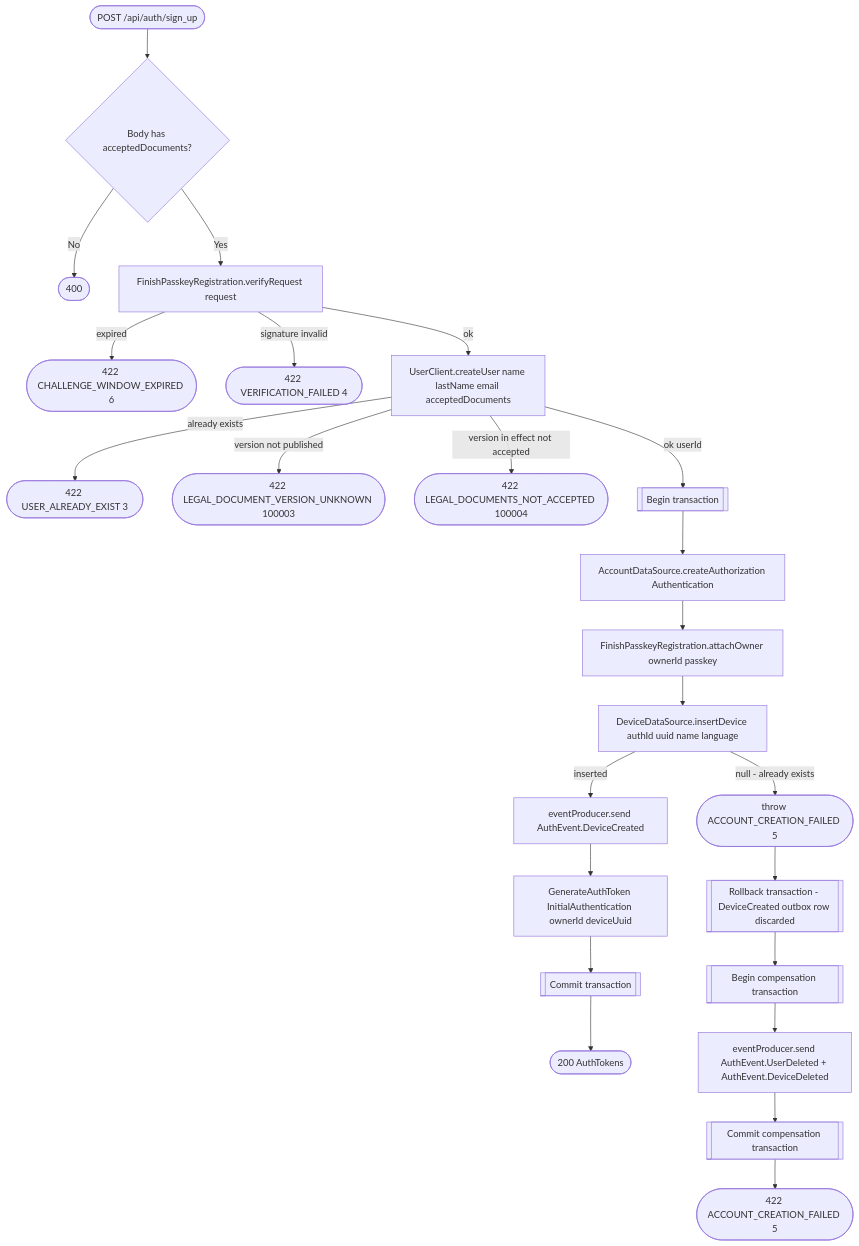
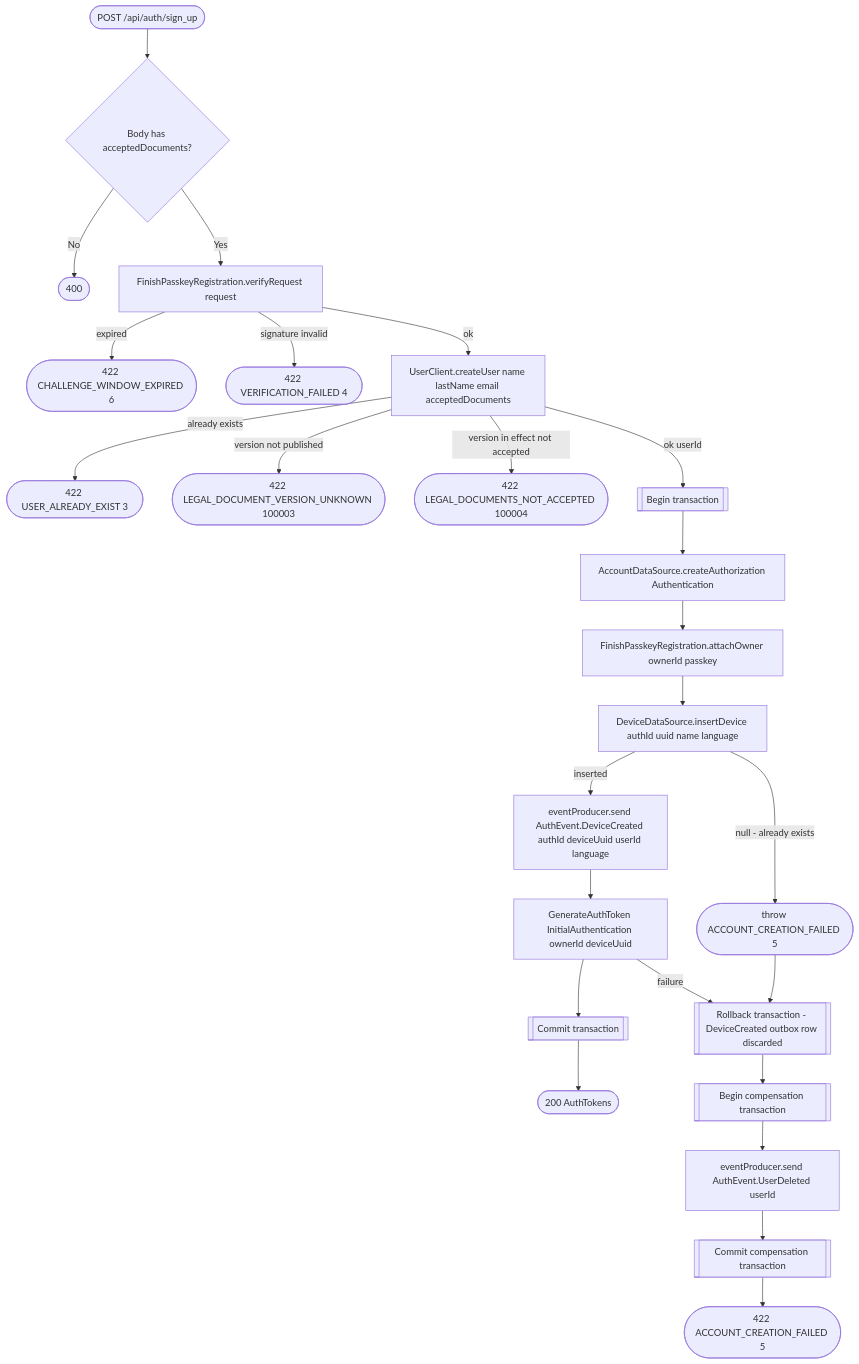
The diagram in docs/operations/authorization/sign-up.md (nocturneproperties/bookkme), drawn with Mermaid before and after one commit. The commit also changed other lines of this file and 51 other files, not shown here.

````diff
--- a/docs/operations/authorization/sign-up.md
+++ b/docs/operations/authorization/sign-up.md
@@ -22,26 +20,27 @@
 ```mermaid
 flowchart TD
     Start([POST /api/auth/sign_up]) --> Body{Body has acceptedDocuments?}
     Body -- No --> R400([400])
     Body -- Yes --> Verify[FinishPasskeyRegistration.verifyRequest request]
     Verify -- expired --> R422a([422 CHALLENGE_WINDOW_EXPIRED 6])
     Verify -- signature invalid --> R422b([422 VERIFICATION_FAILED 4])
     Verify -- ok --> CreateUser[UserClient.createUser name lastName email acceptedDocuments]
     CreateUser -- already exists --> R422c([422 USER_ALREADY_EXIST 3])
     CreateUser -- version not published --> R422e([422 LEGAL_DOCUMENT_VERSION_UNKNOWN 100003])
     CreateUser -- version in effect not accepted --> R422f([422 LEGAL_DOCUMENTS_NOT_ACCEPTED 100004])
     CreateUser -- ok userId --> Tx[[Begin transaction]]
     Tx --> CreateAuth[AccountDataSource.createAuthorization Authentication]
     CreateAuth --> AttachOwner[FinishPasskeyRegistration.attachOwner ownerId passkey]
     AttachOwner --> InsertDevice[DeviceDataSource.insertDevice authId uuid name language]
     InsertDevice -- null - already exists --> Fail1([throw ACCOUNT_CREATION_FAILED 5])
-    InsertDevice -- inserted --> DeviceEvent[eventProducer.send AuthEvent.DeviceCreated]
+    InsertDevice -- inserted --> DeviceEvent[eventProducer.send AuthEvent.DeviceCreated authId deviceUuid userId language]
     DeviceEvent --> GenToken[GenerateAuthToken InitialAuthentication ownerId deviceUuid]
     GenToken --> TxEnd[[Commit transaction]]
+    GenToken -- failure --> Rollback
     TxEnd --> R200([200 AuthTokens])
     Fail1 --> Rollback[[Rollback transaction - DeviceCreated outbox row discarded]]
     Rollback --> CompTx[[Begin compensation transaction]]
-    CompTx --> Compensate[eventProducer.send AuthEvent.UserDeleted + AuthEvent.DeviceDeleted]
+    CompTx --> Compensate[eventProducer.send AuthEvent.UserDeleted userId]
     Compensate --> CompEnd[[Commit compensation transaction]]
     CompEnd --> R422d([422 ACCOUNT_CREATION_FAILED 5])
 ```
````
